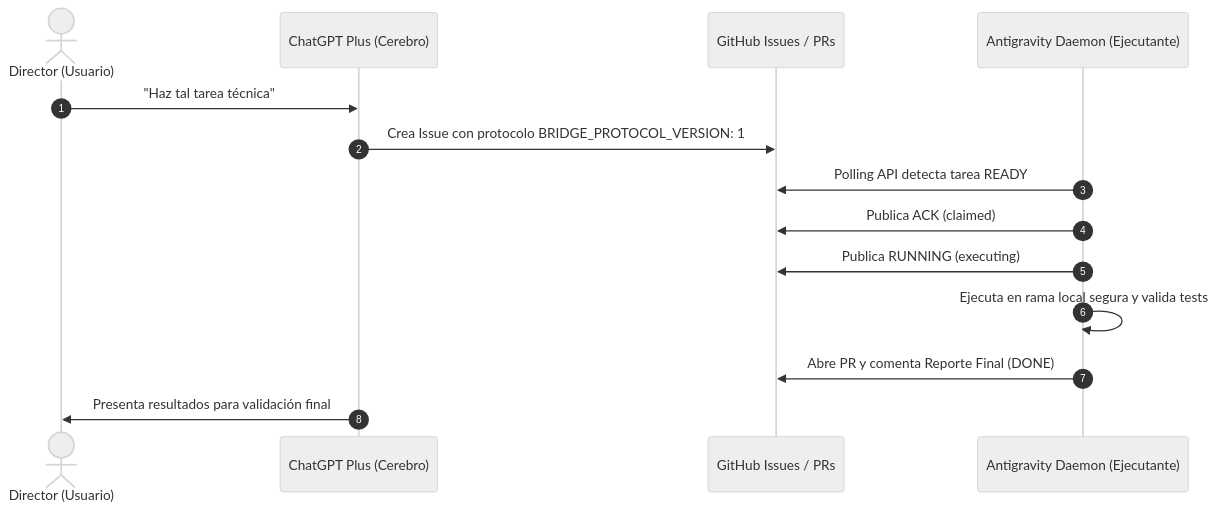
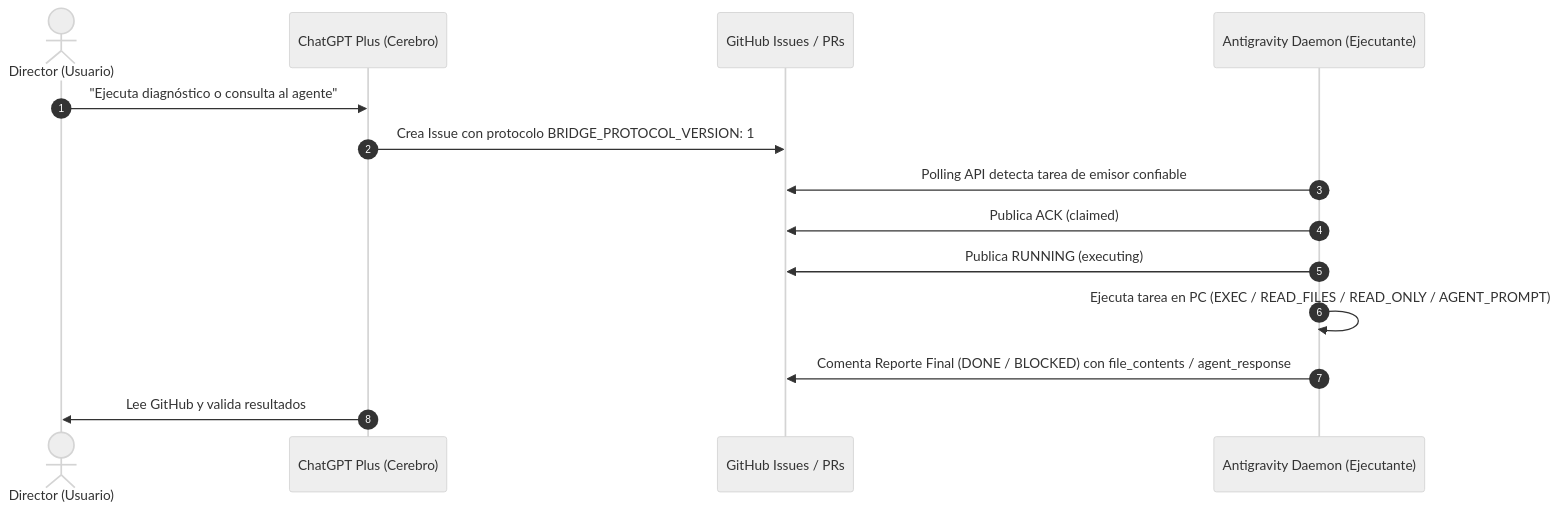
The diagram in inverse_bridge/README.md (mromerolobos-bot/co_escritor_ia), drawn with Mermaid (neutral theme) before and after one commit. The commit also changed other lines of this file and 2 other files, not shown here.

Commit message:
feat(bridge): V1.3 final polish (agent limits, timeout, unknown backend rejection, 23 tests & README)

````diff
--- a/inverse_bridge/README.md
+++ b/inverse_bridge/README.md
@@ -9,17 +9,17 @@
 ```mermaid
 sequenceDiagram
     autonumber
     actor Director as Director (Usuario)
     participant ChatGPT as ChatGPT Plus (Cerebro)
     participant GitHub as GitHub Issues / PRs
     participant Antigravity as Antigravity Daemon (Ejecutante)
 
-    Director->>ChatGPT: "Haz tal tarea técnica"
+    Director->>ChatGPT: "Ejecuta diagnóstico o consulta al agente"
     ChatGPT->>GitHub: Crea Issue con protocolo BRIDGE_PROTOCOL_VERSION: 1
-    Antigravity->>GitHub: Polling API detecta tarea READY
+    Antigravity->>GitHub: Polling API detecta tarea de emisor confiable
     Antigravity->>GitHub: Publica ACK (claimed)
     Antigravity->>GitHub: Publica RUNNING (executing)
-    Antigravity->>Antigravity: Ejecuta en rama local segura y valida tests
-    Antigravity->>GitHub: Abre PR y comenta Reporte Final (DONE)
-    ChatGPT->>Director: Presenta resultados para validación final
+    Antigravity->>Antigravity: Ejecuta tarea en PC (EXEC / READ_FILES / READ_ONLY / AGENT_PROMPT)
+    Antigravity->>GitHub: Comenta Reporte Final (DONE / BLOCKED) con file_contents / agent_response
+    ChatGPT->>Director: Lee GitHub y valida resultados
 ```
````
